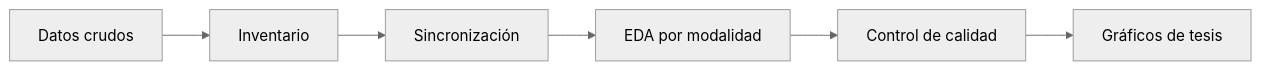
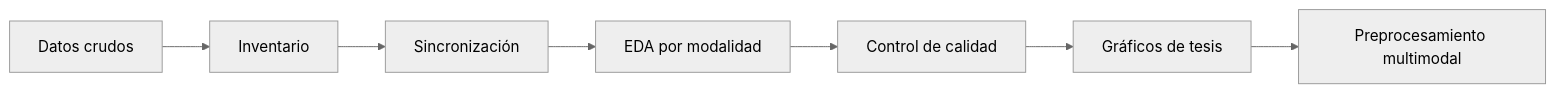
One commit to marioromero00/Tesis_MDS changed the diagram in Mapa del proyecto.md. Above: the diagram before and after it, drawn with Mermaid (neutral theme). The commit also changed other lines of this file and 29 other files, not shown here.

````diff
--- a/Mapa del proyecto.md
+++ b/Mapa del proyecto.md
@@ -17,8 +17,9 @@
 ```mermaid
 flowchart LR
     A[Datos crudos] --> B[Inventario]
     B --> C[Sincronización]
     C --> D[EDA por modalidad]
     D --> E[Control de calidad]
     E --> F[Gráficos de tesis]
+    F --> G[Preprocesamiento multimodal]
 ```
````
